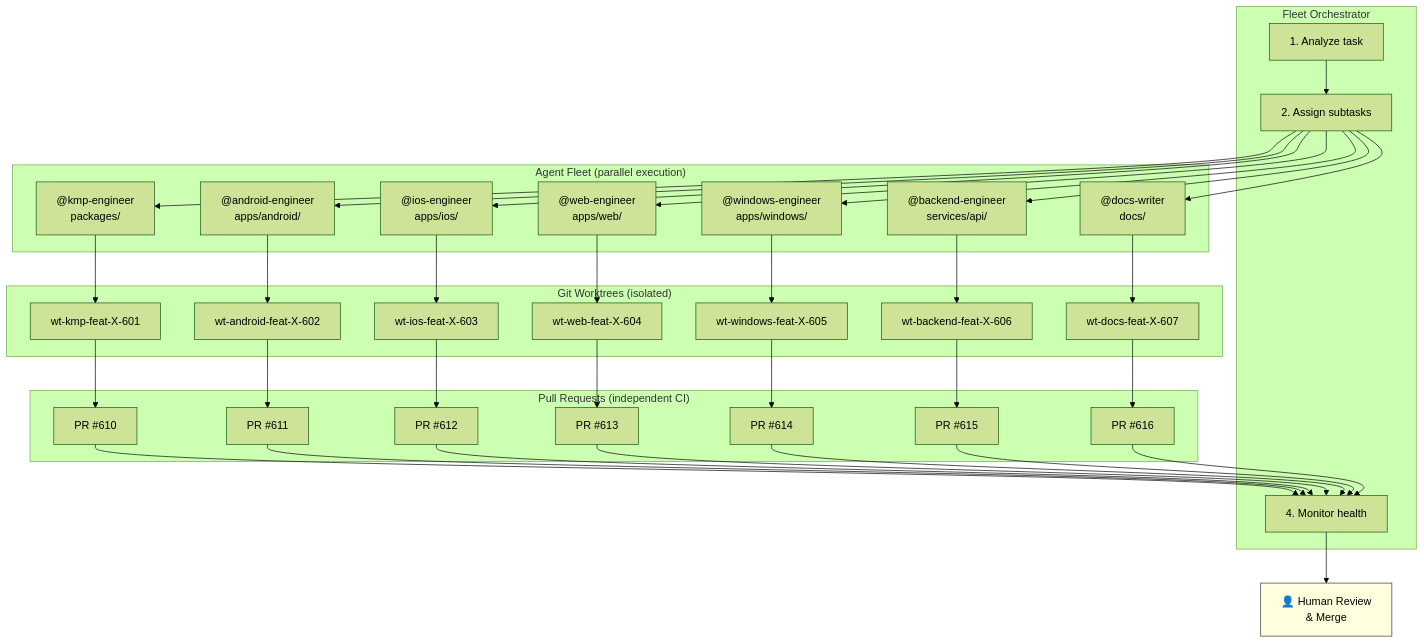
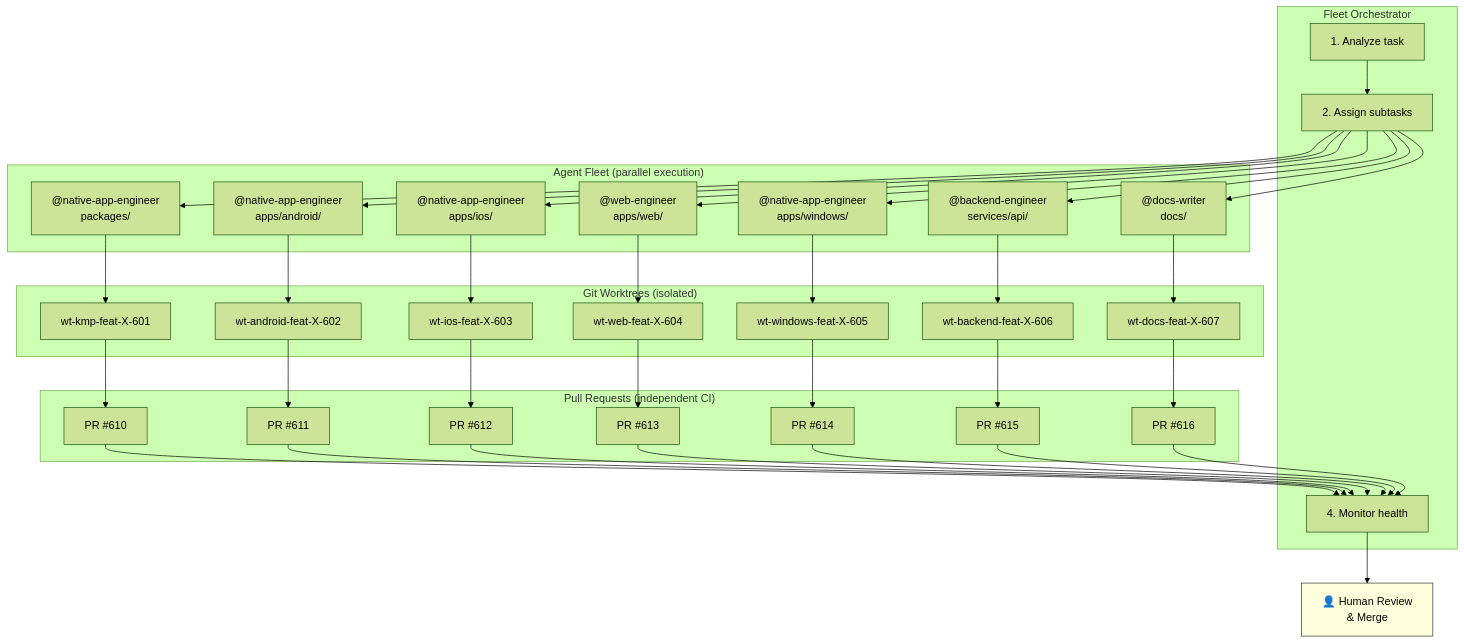
The eighth of 9 diagrams in docs/architecture/diagrams.md (jrmoulckers/finance), drawn with Mermaid (forest theme) before and after one commit. The commit also changed 175 other files, not shown here.

````diff
--- a/docs/architecture/diagrams.md
+++ b/docs/architecture/diagrams.md
@@ -399,56 +399,56 @@
 ```mermaid
 graph TD
     subgraph Orchestrator["Fleet Orchestrator"]
         Analyze["1. Analyze task"]
         Assign["2. Assign subtasks"]
         Monitor["4. Monitor health"]
     end
 
     subgraph Fleet["Agent Fleet (parallel execution)"]
-        KMP["@kmp-engineer<br/>packages/"]
-        Android["@android-engineer<br/>apps/android/"]
-        iOS["@ios-engineer<br/>apps/ios/"]
+        KMP["@native-app-engineer<br/>packages/"]
+        Android["@native-app-engineer<br/>apps/android/"]
+        iOS["@native-app-engineer<br/>apps/ios/"]
         Web["@web-engineer<br/>apps/web/"]
-        Win["@windows-engineer<br/>apps/windows/"]
+        Win["@native-app-engineer<br/>apps/windows/"]
         Backend["@backend-engineer<br/>services/api/"]
         Docs["@docs-writer<br/>docs/"]
     end
 
     subgraph Worktrees["Git Worktrees (isolated)"]
         WT1["wt-kmp-feat-X-601"]
         WT2["wt-android-feat-X-602"]
         WT3["wt-ios-feat-X-603"]
         WT4["wt-web-feat-X-604"]
         WT5["wt-windows-feat-X-605"]
         WT6["wt-backend-feat-X-606"]
         WT7["wt-docs-feat-X-607"]
     end
 
     subgraph PRs["Pull Requests (independent CI)"]
         PR1["PR #610"]
         PR2["PR #611"]
         PR3["PR #612"]
         PR4["PR #613"]
         PR5["PR #614"]
         PR6["PR #615"]
         PR7["PR #616"]
     end
 
     Human["👤 Human Review<br/>& Merge"]
 
     Analyze --> Assign
     Assign --> KMP & Android & iOS & Web & Win & Backend & Docs
 
     KMP --> WT1 --> PR1
     Android --> WT2 --> PR2
     iOS --> WT3 --> PR3
     Web --> WT4 --> PR4
     Win --> WT5 --> PR5
     Backend --> WT6 --> PR6
     Docs --> WT7 --> PR7
 
     PR1 & PR2 & PR3 & PR4 & PR5 & PR6 & PR7 --> Monitor
     Monitor --> Human
 
     style Human fill:#ffd,stroke:#333
 ```
````
